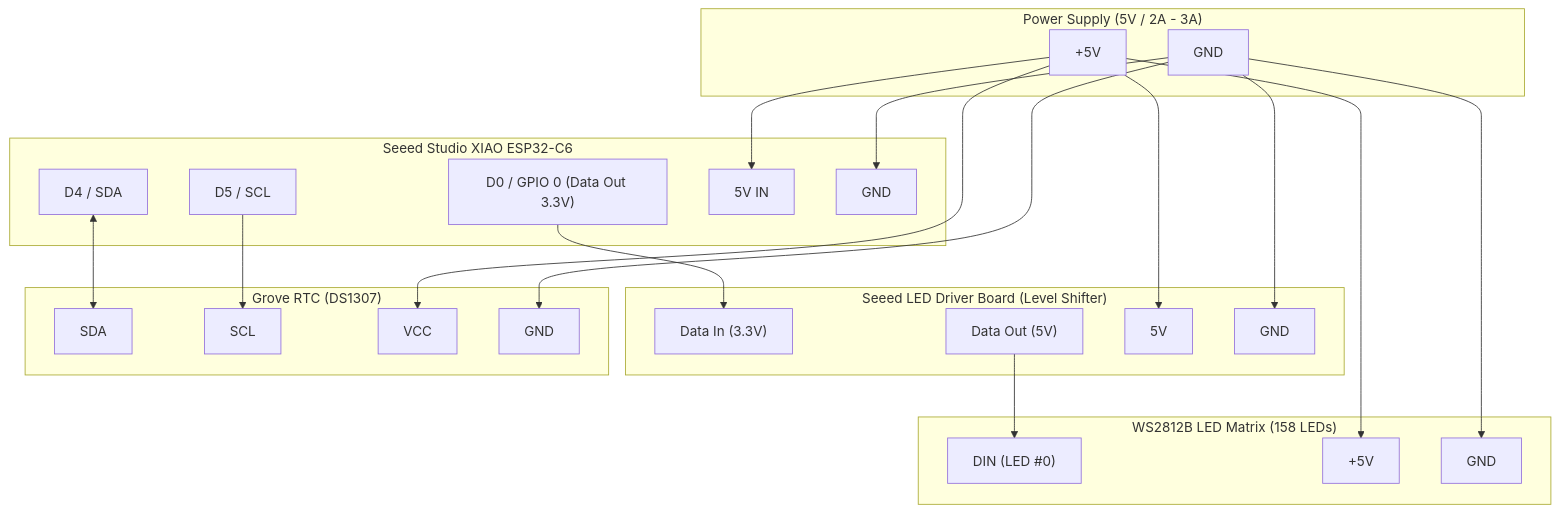
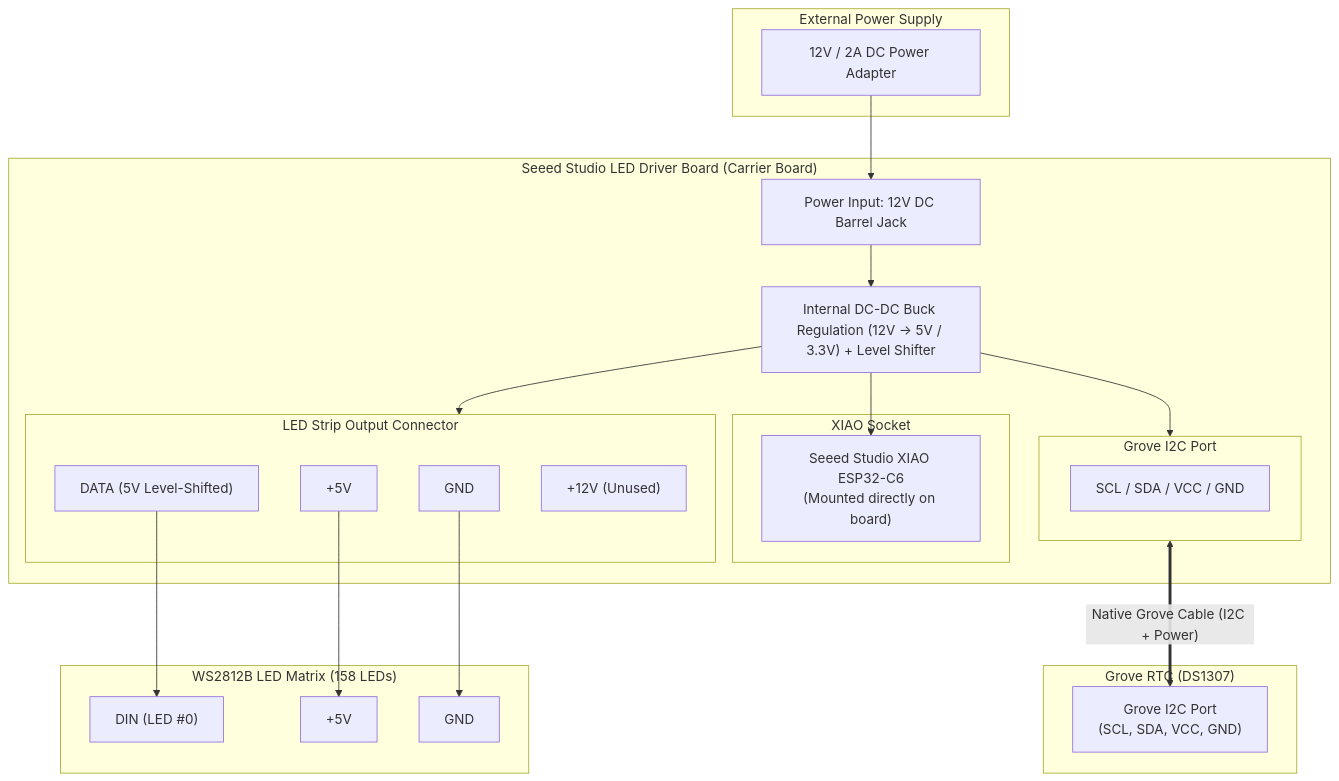
Before and after one commit to AINxStep/wordclock-xiao-led: the diagram in README.en.md, drawn with Mermaid. The commit also changed other lines of this file and 1 other file, not shown here.

Commit message:
docs: correct hardware wiring diagram and specifications for Seeed LED Driver Board (12V input, on-board Grove and LED output)

````diff
--- a/README.en.md
+++ b/README.en.md
@@ -89,51 +86,48 @@
 ```mermaid
 flowchart TD
-    subgraph PWR["Power Supply (5V / 2A - 3A)"]
-        V5["+5V"]
-        GND_PWR["GND"]
+    subgraph PWR["External Power Supply"]
+        V12["12V / 2A DC Power Adapter"]
     end
 
-    subgraph MCU["Seeed Studio XIAO ESP32-C6"]
-        GPIO0["D0 / GPIO 0 (Data Out 3.3V)"]
-        SDA["D4 / SDA"]
-        SCL["D5 / SCL"]
-        VCC_MCU["5V IN"]
-        GND_MCU["GND"]
-    end
+    subgraph DriverBoard["Seeed Studio LED Driver Board (Carrier Board)"]
+        DC_IN["Power Input: 12V DC Barrel Jack"]
+        REG["Internal DC-DC Buck Regulation (12V → 5V / 3.3V) + Level Shifter"]
 
-    subgraph LevelShifter["Seeed LED Driver Board (Level Shifter)"]
-        DIN_LV["Data In (3.3V)"]
-        DOUT_HV["Data Out (5V)"]
-        VCC_LS["5V"]
-        GND_LS["GND"]
+        subgraph XiaoSocket["XIAO Socket"]
+            XIAO["Seeed Studio XIAO ESP32-C6<br>(Mounted directly on board)"]
+        end
+
+        subgraph GrovePort["Grove I2C Port"]
+            GROVE_OUT["SCL / SDA / VCC / GND"]
+        end
+
+        subgraph LedOut["LED Strip Output Connector"]
+            OUT_GND["GND"]
+            OUT_DAT["DATA (5V Level-Shifted)"]
+            OUT_5V["+5V"]
+            OUT_12V["+12V (Unused)"]
+        end
     end
 
     subgraph RTC["Grove RTC (DS1307)"]
-        RTC_SDA["SDA"]
-        RTC_SCL["SCL"]
-        RTC_VCC["VCC"]
-        RTC_GND["GND"]
+        RTC_PORT["Grove I2C Port<br>(SCL, SDA, VCC, GND)"]
     end
 
     subgraph Matrix["WS2812B LED Matrix (158 LEDs)"]
-        DIN_LED["DIN (LED #0)"]
-        VCC_LED["+5V"]
-        GND_LED["GND"]
+        LED_DIN["DIN (LED #0)"]
+        LED_VCC["+5V"]
+        LED_GND["GND"]
     end
 
-    V5 --> VCC_MCU
-    V5 --> VCC_LS
-    V5 --> RTC_VCC
-    V5 --> VCC_LED
+    V12 --> DC_IN
+    DC_IN --> REG
+    REG --> XIAO
+    REG --> GrovePort
+    REG --> LedOut
 
-    GND_PWR --> GND_MCU
-    GND_PWR --> GND_LS
-    GND_PWR --> RTC_GND
-    GND_PWR --> GND_LED
+    GrovePort <== Native Grove Cable (I2C + Power) ==> RTC_PORT
 
-    GPIO0 --> DIN_LV
-    DOUT_HV --> DIN_LED
-
-    SDA <--> RTC_SDA
-    SCL --> RTC_SCL
+    OUT_DAT --> LED_DIN
+    OUT_5V --> LED_VCC
+    OUT_GND --> LED_GND
 ```
````
